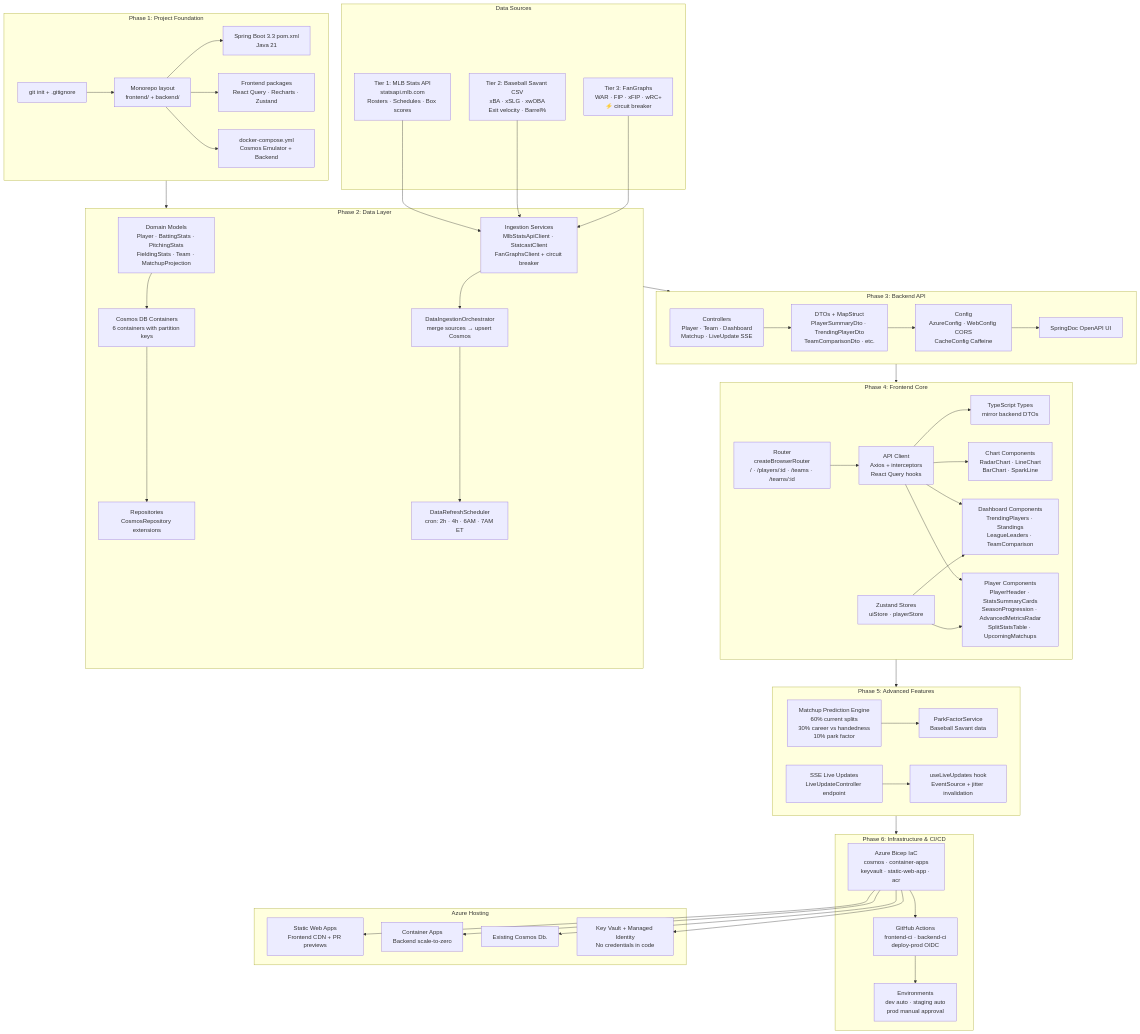
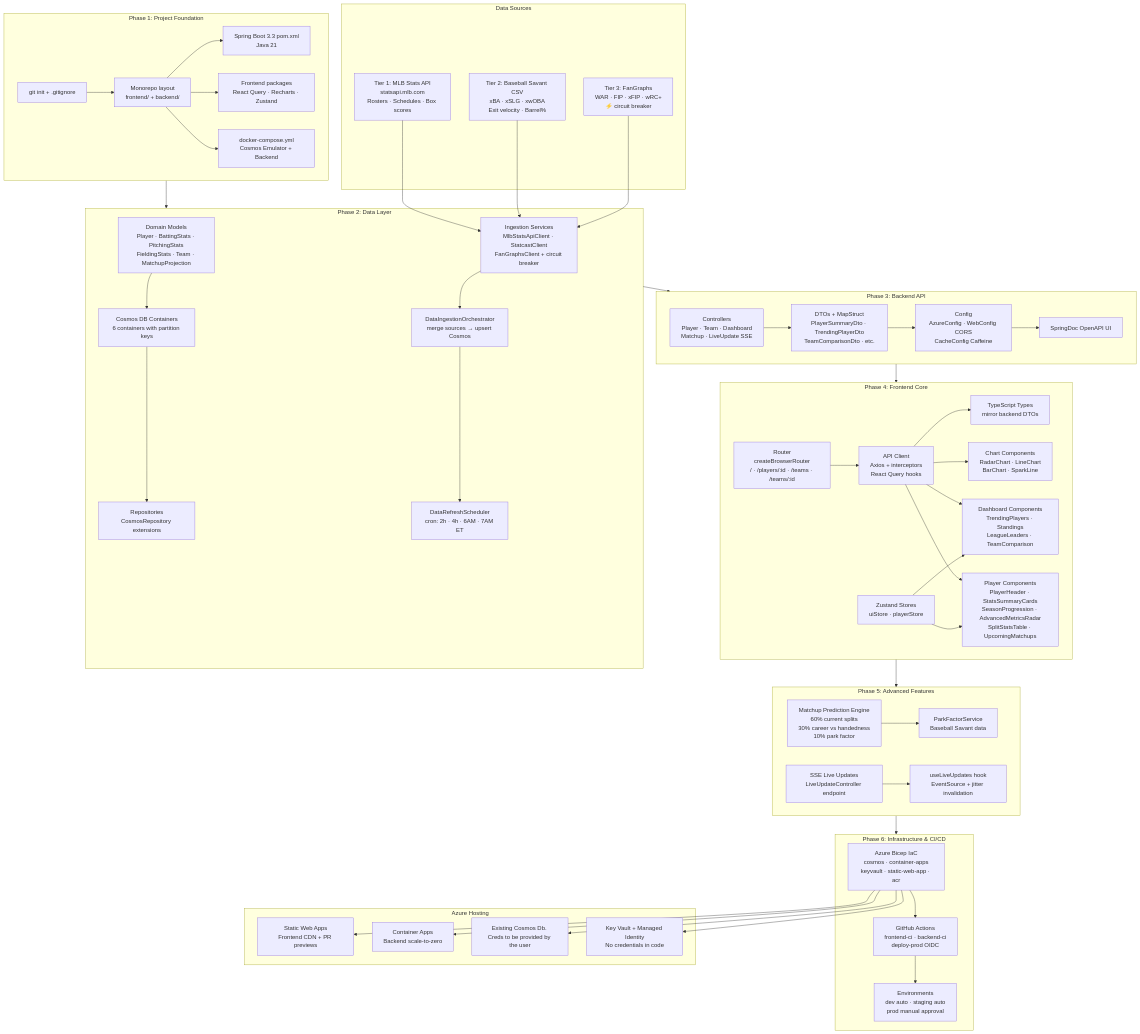
One commit to msmele345/Buzzball changed the first of 2 diagrams in agent-docs/project_details.md. Above: the diagram before and after it, drawn with Mermaid. The commit also changed 16 other files, not shown here.

````diff
--- a/agent-docs/project_details.md
+++ b/agent-docs/project_details.md
@@ -3,78 +3,78 @@
 ```mermaid
 flowchart TD
     subgraph P1["Phase 1: Project Foundation"]
         P1A[git init + .gitignore]
         P1B[Monorepo layout\nfrontend/ + backend/]
         P1C[Spring Boot 3.3 pom.xml\nJava 21]
         P1D[Frontend packages\nReact Query · Recharts · Zustand]
         P1E[docker-compose.yml\nCosmos Emulator + Backend]
         P1A --> P1B --> P1C
         P1B --> P1D
         P1B --> P1E
     end
 
     subgraph P2["Phase 2: Data Layer"]
         P2A[Domain Models\nPlayer · BattingStats · PitchingStats\nFieldingStats · Team · MatchupProjection]
         P2B[Cosmos DB Containers\n6 containers with partition keys]
         P2C[Repositories\nCosmosRepository extensions]
         P2D[Ingestion Services\nMlbStatsApiClient · StatcastClient\nFanGraphsClient + circuit breaker]
         P2E[DataIngestionOrchestrator\nmerge sources → upsert Cosmos]
         P2F[DataRefreshScheduler\ncron: 2h · 4h · 6AM · 7AM ET]
         P2A --> P2B --> P2C
         P2D --> P2E --> P2F
     end
 
     subgraph P3["Phase 3: Backend API"]
         P3A[Controllers\nPlayer · Team · Dashboard\nMatchup · LiveUpdate SSE]
         P3B[DTOs + MapStruct\nPlayerSummaryDto · TrendingPlayerDto\nTeamComparisonDto · etc.]
         P3C[Config\nAzureConfig · WebConfig CORS\nCacheConfig Caffeine]
         P3D[SpringDoc OpenAPI UI]
         P3A --> P3B --> P3C --> P3D
     end
 
     subgraph P4["Phase 4: Frontend Core"]
         P4A[Router\ncreateBrowserRouter\n/ · /players/:id · /teams · /teams/:id]
         P4B[API Client\nAxios + interceptors\nReact Query hooks]
         P4C[TypeScript Types\nmirror backend DTOs]
         P4D[Chart Components\nRadarChart · LineChart\nBarChart · SparkLine]
         P4E[Dashboard Components\nTrendingPlayers · Standings\nLeagueLeaders · TeamComparison]
         P4F[Player Components\nPlayerHeader · StatsSummaryCards\nSeasonProgression · AdvancedMetricsRadar\nSplitStatsTable · UpcomingMatchups]
         P4G[Zustand Stores\nuiStore · playerStore]
         P4A --> P4B --> P4C
         P4B --> P4D & P4E & P4F
         P4G --> P4E & P4F
     end
 
     subgraph P5["Phase 5: Advanced Features"]
         P5A[Matchup Prediction Engine\n60% current splits\n30% career vs handedness\n10% park factor]
         P5B[ParkFactorService\nBaseball Savant data]
         P5C[SSE Live Updates\nLiveUpdateController endpoint]
         P5D[useLiveUpdates hook\nEventSource + jitter invalidation]
         P5A --> P5B
         P5C --> P5D
     end
 
     subgraph P6["Phase 6: Infrastructure & CI/CD"]
         P6A[Azure Bicep IaC\ncosmos · container-apps\nkeyvault · static-web-app · acr]
         P6B[GitHub Actions\nfrontend-ci · backend-ci\ndeploy-prod OIDC]
         P6C[Environments\ndev auto · staging auto\nprod manual approval]
         P6A --> P6B --> P6C
     end
 
     subgraph DS["Data Sources"]
         DS1["Tier 1: MLB Stats API\nstatsapi.mlb.com\nRosters · Schedules · Box scores"]
         DS2["Tier 2: Baseball Savant CSV\nxBA · xSLG · xwOBA\nExit velocity · Barrel%"]
         DS3["Tier 3: FanGraphs\nWAR · FIP · xFIP · wRC+\n⚡ circuit breaker"]
     end
 
     subgraph HOST["Azure Hosting"]
         H1[Static Web Apps\nFrontend CDN + PR previews]
         H2[Container Apps\nBackend scale-to-zero]
-        H3[Existing Cosmos Db. ]
+        H3[Existing Cosmos Db. Creds to be provided by the user]
         H4[Key Vault + Managed Identity\nNo credentials in code]
     end
 
     P1 --> P2 --> P3 --> P4 --> P5 --> P6
     DS1 & DS2 & DS3 --> P2D
     P6A --> H1 & H2 & H3 & H4
 ```
````
